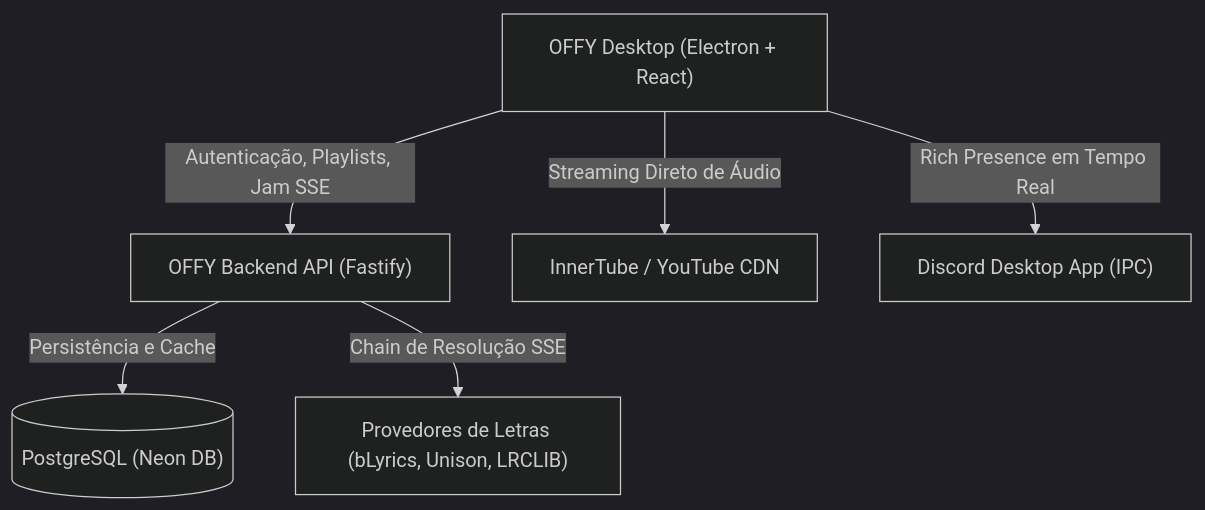
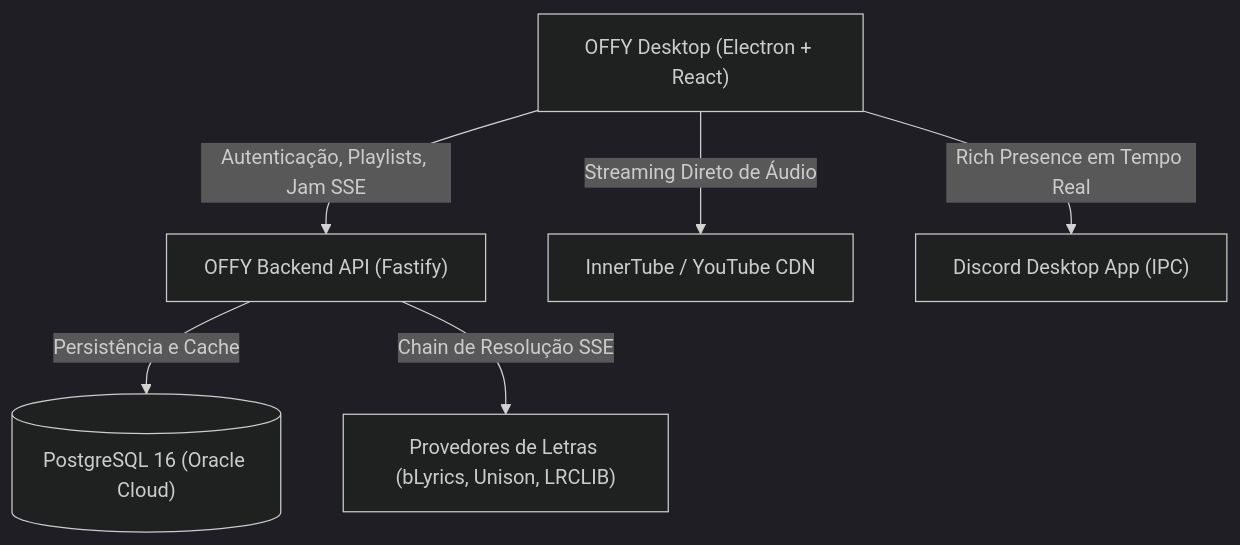
One commit to Gebe-0/offy-app changed the first of 2 diagrams in DOCUMENTATION.md. Above: the diagram before and after it, drawn with Mermaid (dark theme). The commit also changed other lines of this file and 4 other files, not shown here.

````diff
--- a/DOCUMENTATION.md
+++ b/DOCUMENTATION.md
@@ -54,15 +54,15 @@
 ```mermaid
 flowchart TD
     Client["OFFY Desktop (Electron + React)"]
     API["OFFY Backend API (Fastify)"]
-    DB[("PostgreSQL (Neon DB)")]
+    DB[("PostgreSQL 16 (Oracle Cloud)")]
     YouTube["InnerTube / YouTube CDN"]
     Discord["Discord Desktop App (IPC)"]
     Lyrics["Provedores de Letras (bLyrics, Unison, LRCLIB)"]
 
     Client -->|Autenticação, Playlists, Jam SSE| API
     API -->|Persistência e Cache| DB
     API -->|Chain de Resolução SSE| Lyrics
     Client -->|Streaming Direto de Áudio| YouTube
     Client -->|Rich Presence em Tempo Real| Discord
 ```
````
